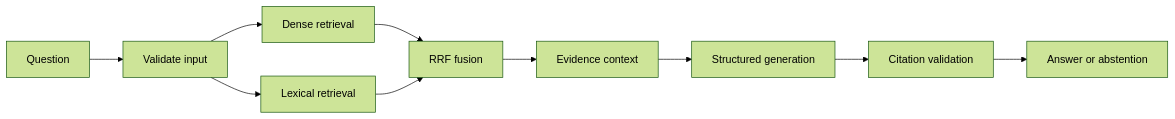
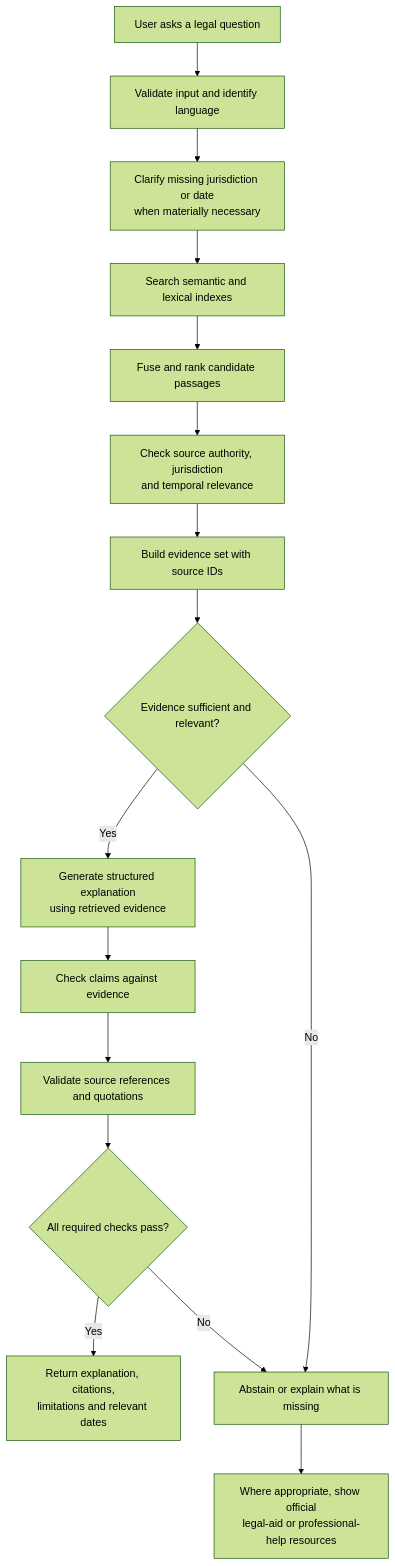
One commit to adrinjoseph/Advanced-RAG changed the third of 3 diagrams in README.md. Above: the diagram before and after it, drawn with Mermaid (forest theme). The commit also changed other lines of this file and 1 other file, not shown here.

````diff
--- a/README.md
+++ b/README.md
@@ -75,12 +170,25 @@
 ```mermaid
-flowchart LR
-    A["Question"] --> B["Validate input"]
-    B --> C["Dense retrieval"]
-    B --> D["Lexical retrieval"]
-    C --> E["RRF fusion"]
-    D --> E
-    E --> F["Evidence context"]
-    F --> G["Structured generation"]
-    G --> H["Citation validation"]
-    H --> I["Answer or abstention"]
+flowchart TD
+    A["User asks a legal question"]
+    B["Validate input and identify language"]
+    C["Clarify missing jurisdiction or date<br/>when materially necessary"]
+    D["Search semantic and lexical indexes"]
+    E["Fuse and rank candidate passages"]
+    F["Check source authority, jurisdiction<br/>and temporal relevance"]
+    G["Build evidence set with source IDs"]
+    H{"Evidence sufficient and relevant?"}
+    I["Generate structured explanation<br/>using retrieved evidence"]
+    J["Check claims against evidence"]
+    K["Validate source references and quotations"]
+    L{"All required checks pass?"}
+    M["Return explanation, citations,<br/>limitations and relevant dates"]
+    N["Abstain or explain what is missing"]
+    O["Where appropriate, show official<br/>legal-aid or professional-help resources"]
+
+    A --> B --> C --> D --> E --> F --> G --> H
+    H -->|Yes| I --> J --> K --> L
+    H -->|No| N
+    L -->|Yes| M
+    L -->|No| N
+    N --> O
 ```
````
